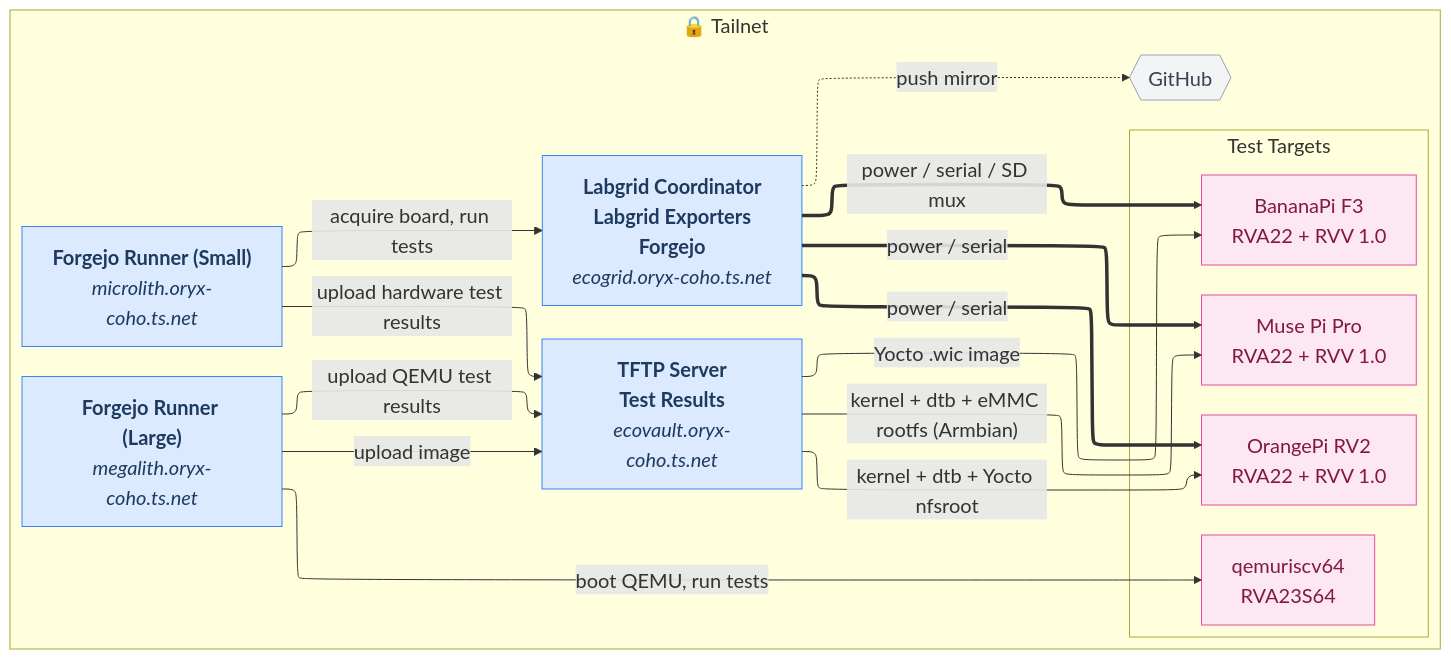
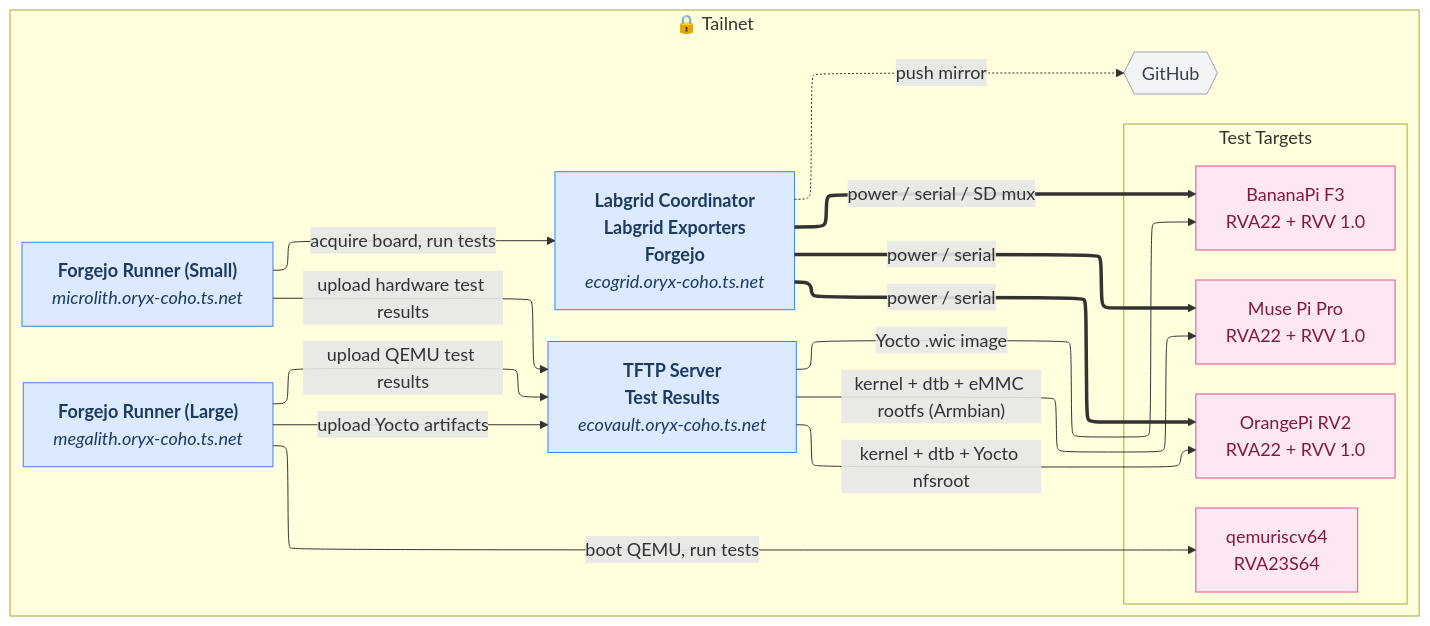
Before and after one commit to threexc/boardgarden: the diagram in docs/network.mmd, drawn with Mermaid. The commit also changed 2 other files, not shown here.

Commit message:
docs/network: update YAML, diagrams

```diff
--- a/docs/network.mmd
+++ b/docs/network.mmd
@@ -1,39 +1,39 @@
-%%{init: {"theme": "default", "flowchart": {"htmlLabels": true, "nodeSpacing": 30, "rankSpacing": 60, "defaultRenderer": "elk"}, "themeVariables": {"fontSize": "20px", "fontFamily": "New Computer Modern"}} }%%flowchart LR
+%%{init: {"theme": "default", "flowchart": {"htmlLabels": true, "nodeSpacing": 30, "rankSpacing": 60, "defaultRenderer": "elk"}, "themeVariables": {"fontSize": "18px", "fontFamily": "New Computer Modern"}} }%%flowchart LR
   subgraph tailnet["🔒 Tailnet"]
     ecogrid["<b>Labgrid Coordinator</b><br/><b>Labgrid Exporters</b><br/><b>Forgejo</b><br/><i>ecogrid.oryx-coho.ts.net</i>"]
     ecovault["<b>TFTP Server</b><br/><b>Test Results</b><br/><i>ecovault.oryx-coho.ts.net</i>"]
     runner1["<b>Forgejo Runner (Large)</b><br/><i>megalith.oryx-coho.ts.net</i>"]
     runner2["<b>Forgejo Runner (Small)</b><br/><i>microlith.oryx-coho.ts.net</i>"]
     github{{"GitHub"}}
     subgraph boards["Test Targets"]
       direction TB
       board_1["BananaPi F3<br/>RVA22 + RVV 1.0"]
       board_2["Muse Pi Pro<br/>RVA22 + RVV 1.0"]
       board_3["OrangePi RV2<br/>RVA22 + RVV 1.0"]
       board_4["qemuriscv64<br/>RVA23S64"]
     end
   end
 
   %% ── Hosted-on relationships ──
 
   %% ── Links ──
   ecogrid ==>|"power / serial / SD mux"| board_1
   ecogrid ==>|"power / serial"| board_2
   ecogrid ==>|"power / serial"| board_3
   ecogrid -..->|"push mirror"| github
-  runner1 -->|"upload image"| ecovault
+  runner1 -->|"upload Yocto artifacts"| ecovault
   runner1 -->|"upload QEMU test results"| ecovault
   runner1 -->|"boot QEMU, run tests"| board_4
   runner2 -->|"acquire board, run tests"| ecogrid
   runner2 -->|"upload hardware test results"| ecovault
   ecovault -->|"Yocto .wic image"| board_1
   ecovault -->|"kernel + dtb + eMMC rootfs (Armbian)"| board_2
   ecovault -->|"kernel + dtb + Yocto nfsroot"| board_3
 
   %% ── Styles ──
   classDef machine fill:#dbeafe,stroke:#3b82f6,color:#1e3a5f
   class ecogrid,ecovault,runner1,runner2 machine
   classDef external fill:#f3f4f6,stroke:#9ca3af,color:#374151
   class github external
   classDef board fill:#fce7f3,stroke:#ec4899,color:#831843
   class board_1,board_2,board_3,board_4 board
```
